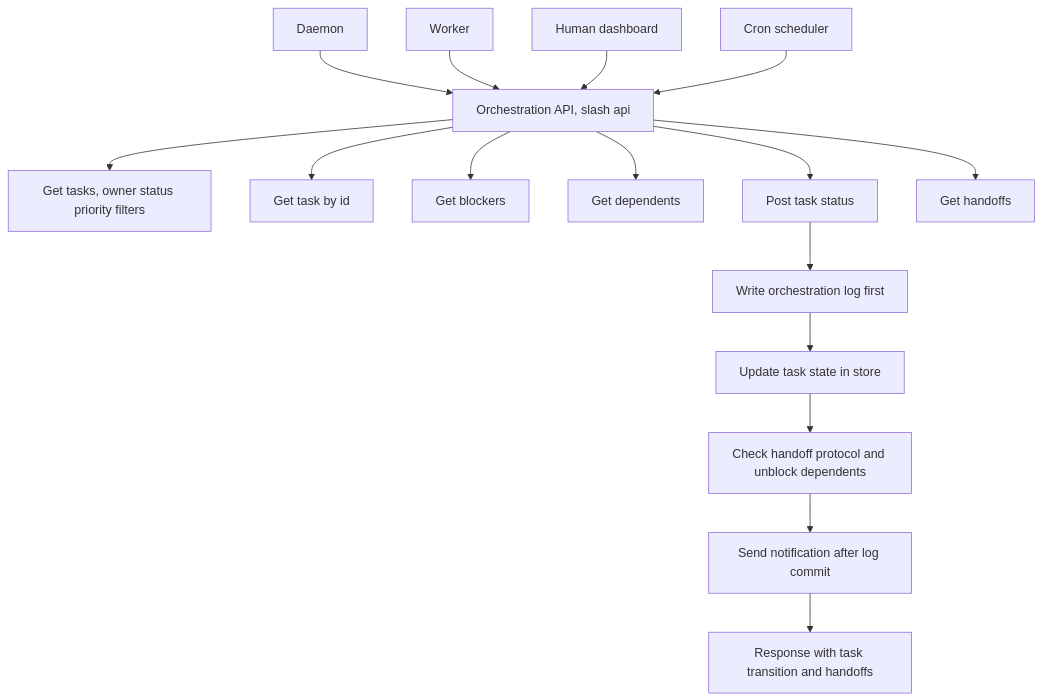
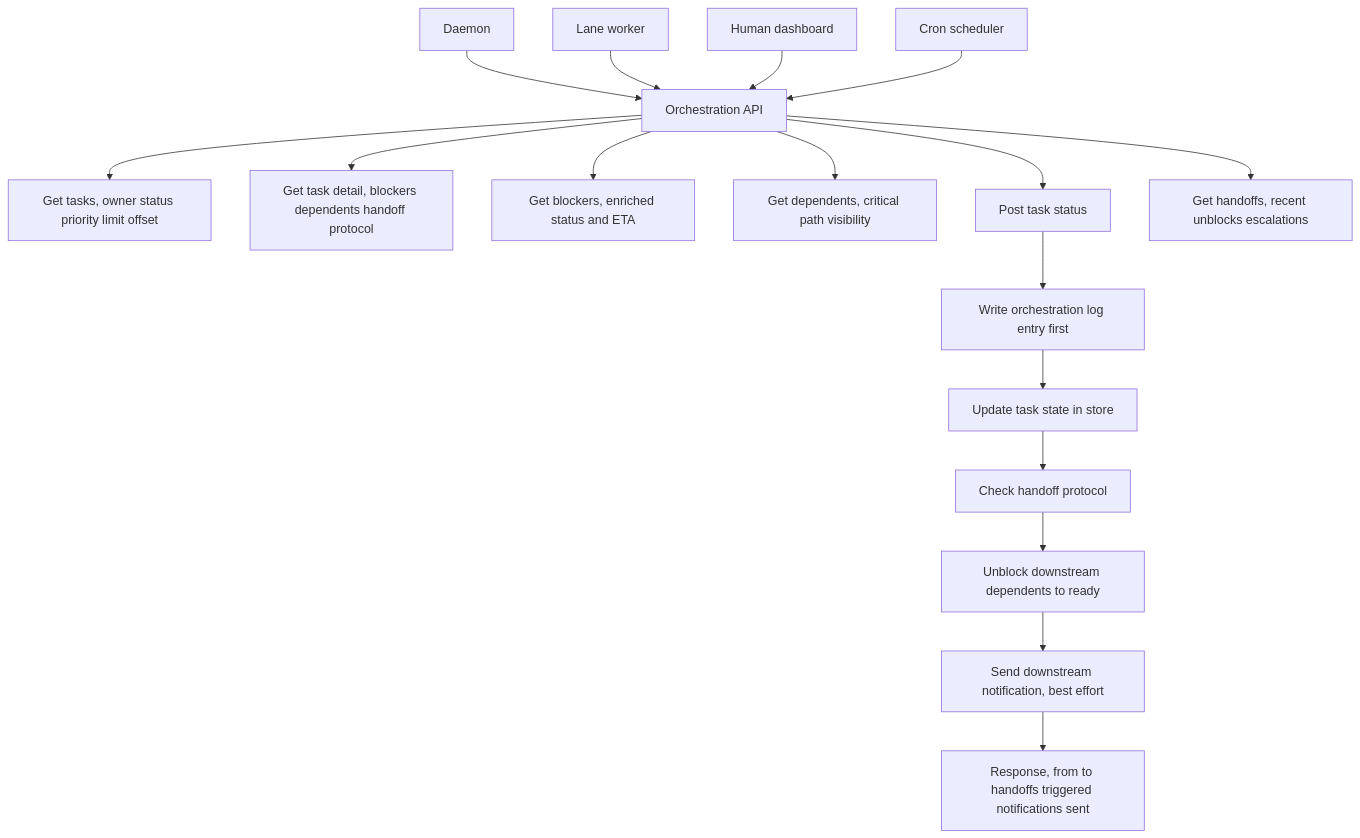
One commit to mmartoccia/ghost-orchestration-pattern changed the diagram in diagrams/MC_API.mmd. Above: the diagram before and after it, drawn with Mermaid. The commit also changed 6 other files, not shown here.

First line of the commit message:
Deepen Mermaid diagrams with actual system semantics

```diff
--- a/diagrams/MC_API.mmd
+++ b/diagrams/MC_API.mmd
@@ -1,29 +1,30 @@
 graph TD
     C1[Daemon]
-    C2[Worker]
+    C2[Lane worker]
     C3[Human dashboard]
     C4[Cron scheduler]
-    A0[Orchestration API, slash api]
-    A1[Get tasks, owner status priority filters]
-    A2[Get task by id]
-    A3[Get blockers]
-    A4[Get dependents]
+    A0[Orchestration API]
+    A1[Get tasks, owner status priority limit offset]
+    A2[Get task detail, blockers dependents handoff protocol]
+    A3[Get blockers, enriched status and ETA]
+    A4[Get dependents, critical path visibility]
     A5[Post task status]
-    A6[Get handoffs]
-    Q1[Write orchestration log first]
+    A6[Get handoffs, recent unblocks escalations]
+    Q1[Write orchestration log entry first]
     Q2[Update task state in store]
-    Q3[Check handoff protocol and unblock dependents]
-    Q4[Send notification after log commit]
-    R1[Response with task transition and handoffs]
+    Q3[Check handoff protocol]
+    Q4[Unblock downstream dependents to ready]
+    Q5[Send downstream notification, best effort]
+    R1[Response, from to handoffs triggered notifications sent]
 
     C1 --> A0
     C2 --> A0
     C3 --> A0
     C4 --> A0
     A0 --> A1
     A0 --> A2
     A0 --> A3
     A0 --> A4
     A0 --> A5
     A0 --> A6
-    A5 --> Q1 --> Q2 --> Q3 --> Q4 --> R1
+    A5 --> Q1 --> Q2 --> Q3 --> Q4 --> Q5 --> R1
```
